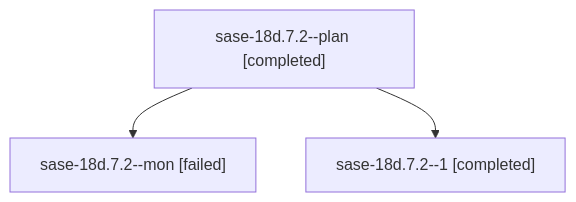
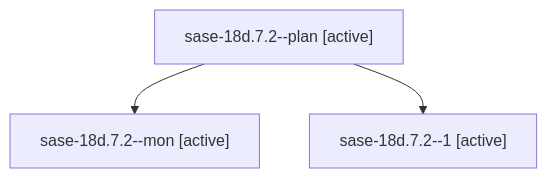
Before and after one commit to sase-org/sase--agents: the diagram in families/bbugyi200.athena.sase-18d.7.2.md, drawn with Mermaid. The commit also changed other lines of this file and 35830 other files, not shown here.

````diff
--- a/families/bbugyi200.athena.sase-18d.7.2.md
+++ b/families/bbugyi200.athena.sase-18d.7.2.md
@@ -9,8 +9,8 @@
 ```mermaid
 flowchart TD
-  n0["sase-18d.7.2--plan [completed]"]
-  n1["sase-18d.7.2--mon [failed]"]
+  n0["sase-18d.7.2--plan [active]"]
+  n1["sase-18d.7.2--mon [active]"]
   n0 --> n1
-  n2["sase-18d.7.2--1 [completed]"]
+  n2["sase-18d.7.2--1 [active]"]
   n0 --> n2
 ```
````
